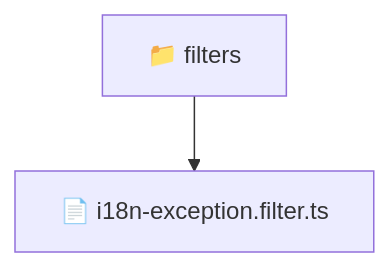
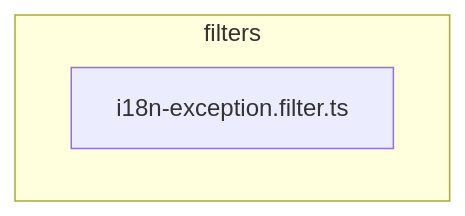
Before and after one commit to beginwebdev2002/fullstack-mavluda: the diagram in backend/src/common/filters/README.md, drawn with Mermaid. The commit also changed other lines of this file and 163 other files, not shown here.

````diff
--- a/backend/src/common/filters/README.md
+++ b/backend/src/common/filters/README.md
@@ -9,5 +15,6 @@
 ```mermaid
 graph TD
-  Root["📁 filters"]
-  Root --> i18n_exception_filter_ts["📄 i18n-exception.filter.ts"]
+  subgraph filters
+    i18n_exception_filter_ts["i18n-exception.filter.ts"]
+  end
 ```
````
